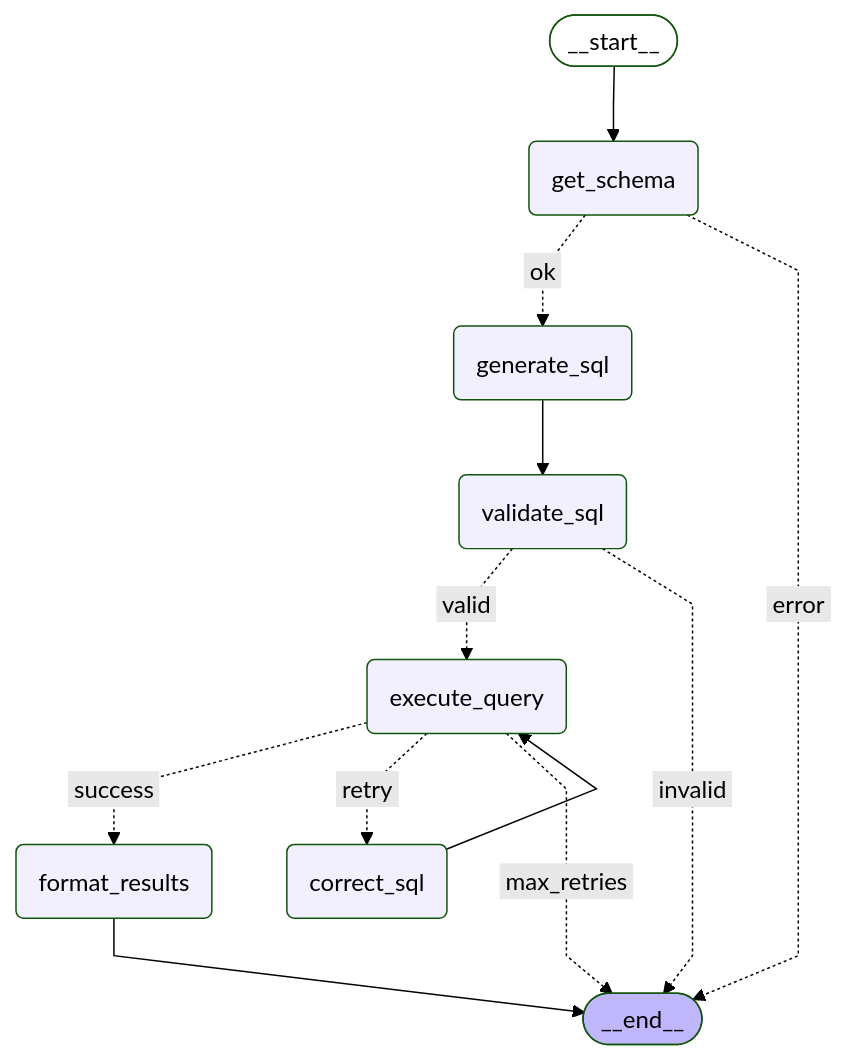
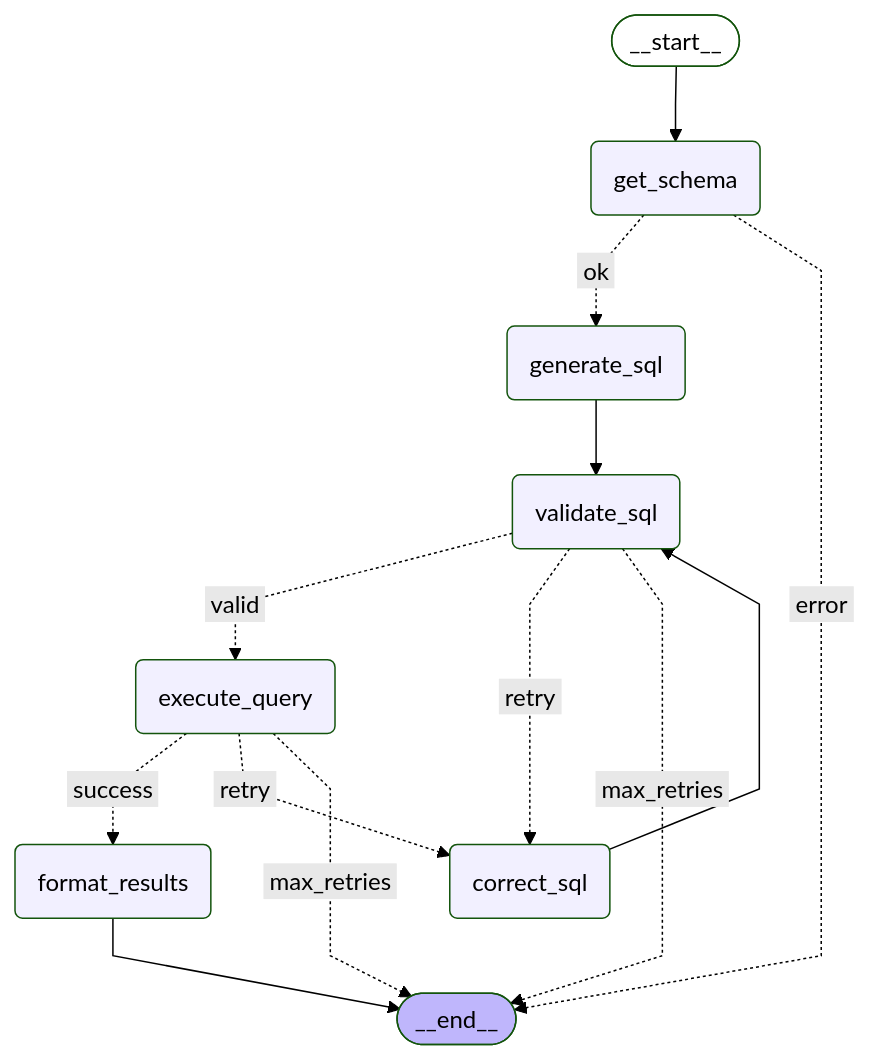
The diagram in langgraph_workflow.mmd (adharangaonkar/AskQL), drawn with Mermaid (forest theme) before and after one commit. The commit also changed 1 other file, not shown here.

```diff
--- a/langgraph_workflow.mmd
+++ b/langgraph_workflow.mmd
@@ -1,24 +1,25 @@
 %%{init: {'flowchart': {'curve': 'linear'}}}%%
 graph TD;
 	__start__([<p>__start__</p>]):::first
 	__end__([<p>__end__</p>]):::last
 	get_schema(get_schema)
 	generate_sql(generate_sql)
 	validate_sql(validate_sql)
 	execute_query(execute_query)
 	correct_sql(correct_sql)
 	format_results(format_results)
 	__start__ --> get_schema;
-	correct_sql --> execute_query;
+	correct_sql --> validate_sql;
 	format_results --> __end__;
 	generate_sql --> validate_sql;
 	get_schema -. &nbsp;ok&nbsp; .-> generate_sql;
 	get_schema -. &nbsp;error&nbsp; .-> __end__;
 	validate_sql -. &nbsp;valid&nbsp; .-> execute_query;
-	validate_sql -. &nbsp;invalid&nbsp; .-> __end__;
+	validate_sql -. &nbsp;retry&nbsp; .-> correct_sql;
+	validate_sql -. &nbsp;max_retries&nbsp; .-> __end__;
 	execute_query -. &nbsp;success&nbsp; .-> format_results;
 	execute_query -. &nbsp;retry&nbsp; .-> correct_sql;
 	execute_query -. &nbsp;max_retries&nbsp; .-> __end__;
 	classDef default fill:#f2f0ff,line-height:1.2
 	classDef first fill-opacity:0
 	classDef last fill:#bfb6fc
```
